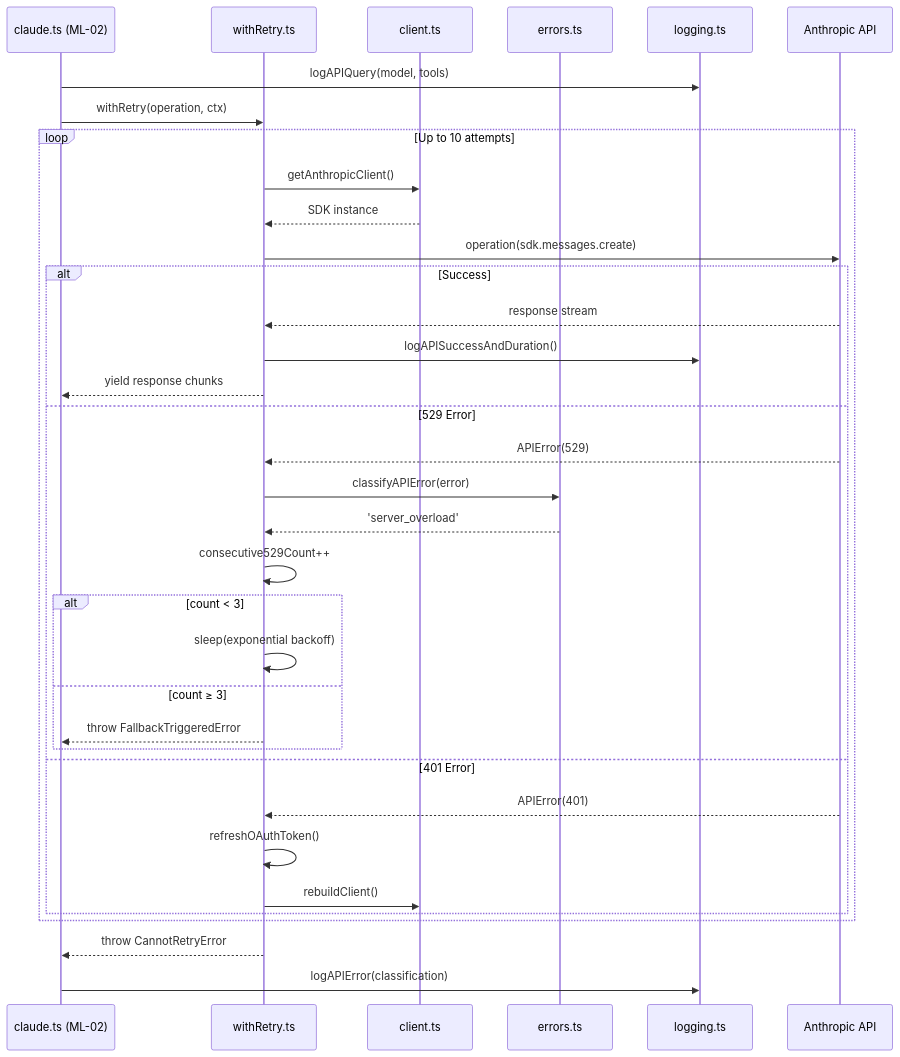
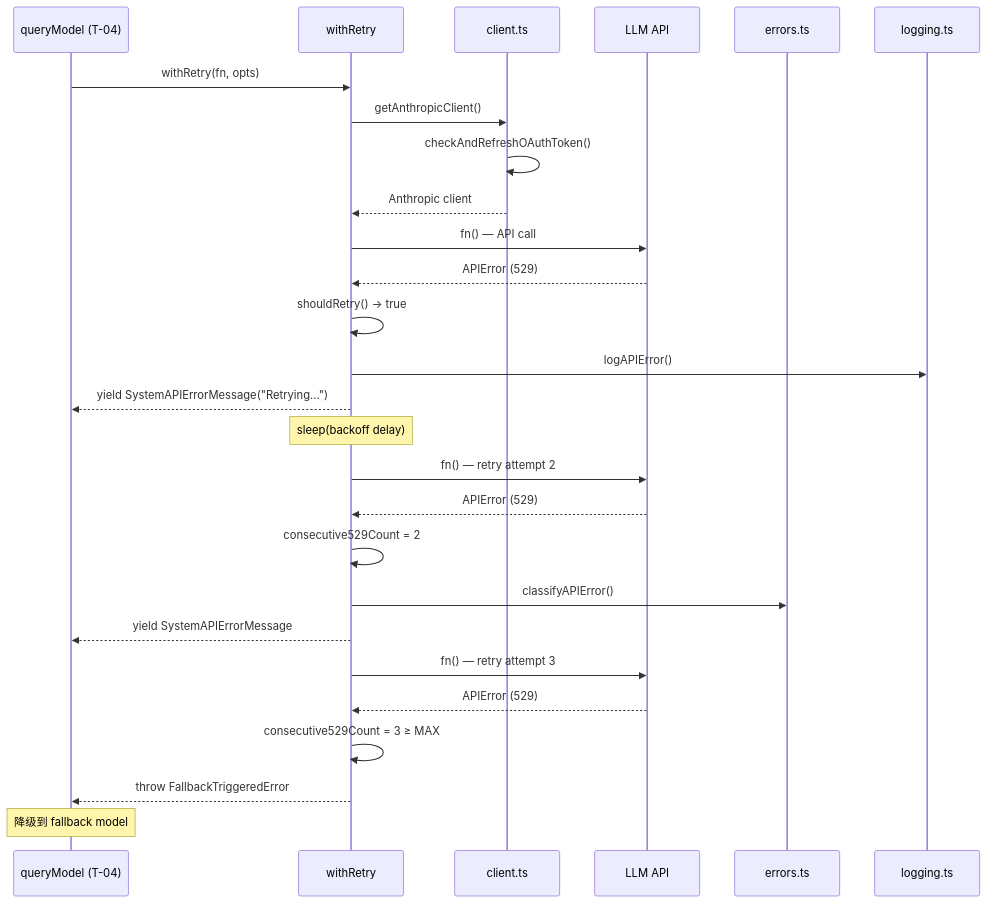
One commit to LiuYuuChen/clawcode_analysis changed the fifth of 5 diagrams in branches/main/task-analyses/T-15-api-retry.md. Above: the diagram before and after it, drawn with Mermaid. The commit also changed other lines of this file and 137 other files, not shown here.

````diff
--- a/branches/main/task-analyses/T-15-api-retry.md
+++ b/branches/main/task-analyses/T-15-api-retry.md
@@ -256,38 +360,36 @@
 ```mermaid
 sequenceDiagram
-    participant C as claude.ts (ML-02)
-    participant WR as withRetry.ts
-    participant CL as client.ts
-    participant ER as errors.ts
-    participant LG as logging.ts
-    participant API as Anthropic API
+    participant Q as queryModel (T-04)
+    participant R as withRetry
+    participant C as client.ts
+    participant API as LLM API
+    participant E as errors.ts
+    participant L as logging.ts
 
-    C->>LG: logAPIQuery(model, tools)
-    C->>WR: withRetry(operation, ctx)
-    loop Up to 10 attempts
-        WR->>CL: getAnthropicClient()
-        CL-->>WR: SDK instance
-        WR->>API: operation(sdk.messages.create)
-        alt Success
-            API-->>WR: response stream
-            WR->>LG: logAPISuccessAndDuration()
-            WR-->>C: yield response chunks
-        else 529 Error
-            API-->>WR: APIError(529)
-            WR->>ER: classifyAPIError(error)
-            ER-->>WR: 'server_overload'
-            WR->>WR: consecutive529Count++
-            alt count < 3
-                WR->>WR: sleep(exponential backoff)
-            else count ≥ 3
-                WR-->>C: throw FallbackTriggeredError
-            end
-        else 401 Error
-            API-->>WR: APIError(401)
-            WR->>WR: refreshOAuthToken()
-            WR->>CL: rebuildClient()
-        end
-    end
-    WR-->>C: throw CannotRetryError
-    C->>LG: logAPIError(classification)
+    Q->>R: withRetry(fn, opts)
+    R->>C: getAnthropicClient()
+    C->>C: checkAndRefreshOAuthToken()
+    C-->>R: Anthropic client
+    R->>API: fn() — API call
+    API-->>R: APIError (529)
+
+    R->>R: shouldRetry() → true
+    R->>L: logAPIError()
+    R-->>Q: yield SystemAPIErrorMessage("Retrying...")
+
+    Note over R: sleep(backoff delay)
+
+    R->>API: fn() — retry attempt 2
+    API-->>R: APIError (529)
+
+    R->>R: consecutive529Count = 2
+    R->>E: classifyAPIError()
+    R-->>Q: yield SystemAPIErrorMessage
+
+    R->>API: fn() — retry attempt 3
+    API-->>R: APIError (529)
+
+    R->>R: consecutive529Count = 3 ≥ MAX
+    R-->>Q: throw FallbackTriggeredError
+    Note over Q: 降级到 fallback model
 ```
````
